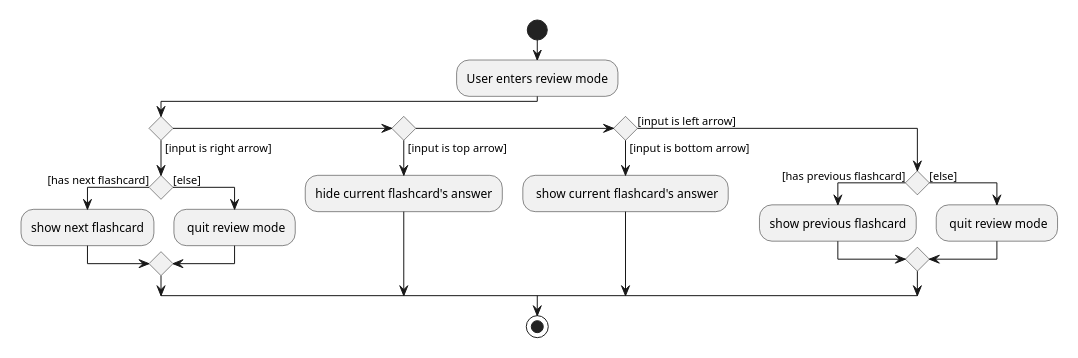
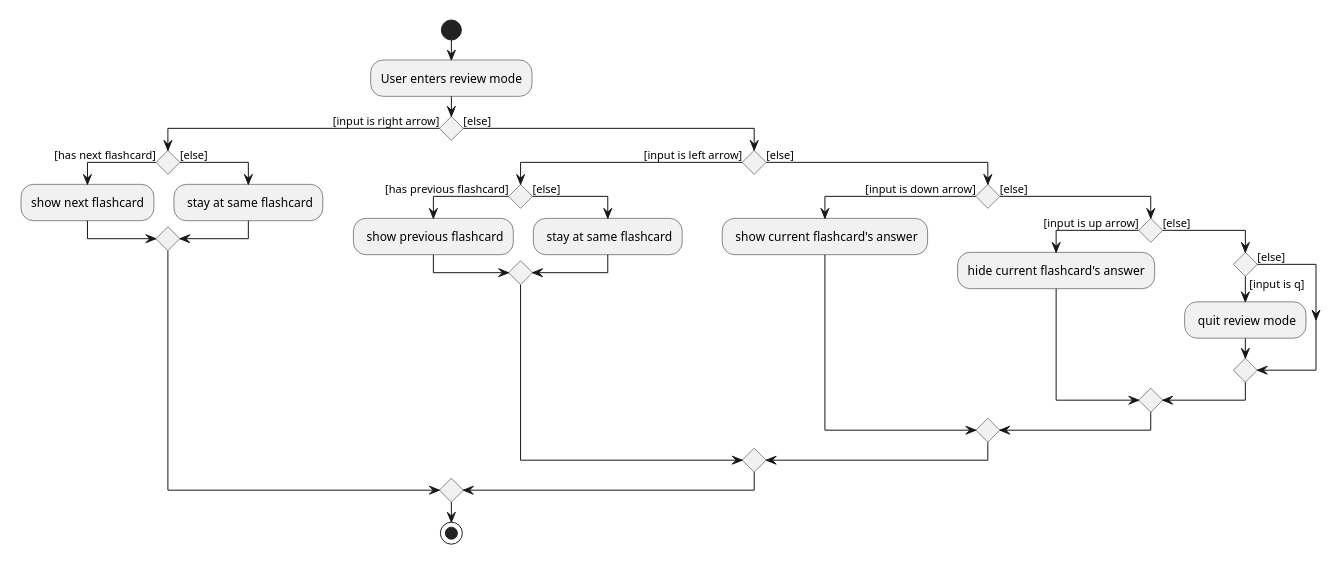
One commit to nus-cs2103-AY2021S1/tp changed the diagram in docs/diagrams/ReviewActivityDiagram.puml. Above: the diagram before and after it, drawn with PlantUML. The commit also changed other lines of this file and 3 other files, not shown here.

```diff
--- a/docs/diagrams/ReviewActivityDiagram.puml
+++ b/docs/diagrams/ReviewActivityDiagram.puml
@@ -1,27 +1,38 @@
 @startuml
 scale 0.5
 start
 :User enters review mode;
 
 'Since the beta syntax does not support placing the condition outside the
 'diamond we place it as the true branch instead.
 
 if () then ([input is right arrow])
     if () then ([has next flashcard])
         :show next flashcard;
     else ([else])
-        : quit review mode;
+        : stay at same flashcard;
     endif
-elseif () then ([input is top arrow])
-       :hide current flashcard's answer;
-elseif () then ([input is bottom arrow])
-       : show current flashcard's answer;
-else ([input is left arrow])
-    if () then ([has previous flashcard])
-            :show previous flashcard;
+else ([else])
+    if () then ([input is left arrow])
+        if () then ([has previous flashcard])
+            : show previous flashcard;
         else ([else])
-            : quit review mode;
+            : stay at same flashcard;
         endif
+    else ([else])
+        if () then ([input is down arrow])
+            : show current flashcard's answer;
+        else ([else])
+            if () then ([input is up arrow])
+                :hide current flashcard's answer;
+            else ([else])
+                if () then ([input is q])
+                    : quit review mode;
+                else ([else])
+                endif
+            endif
+         endif
+    endif
 endif
 stop
 @enduml
```
